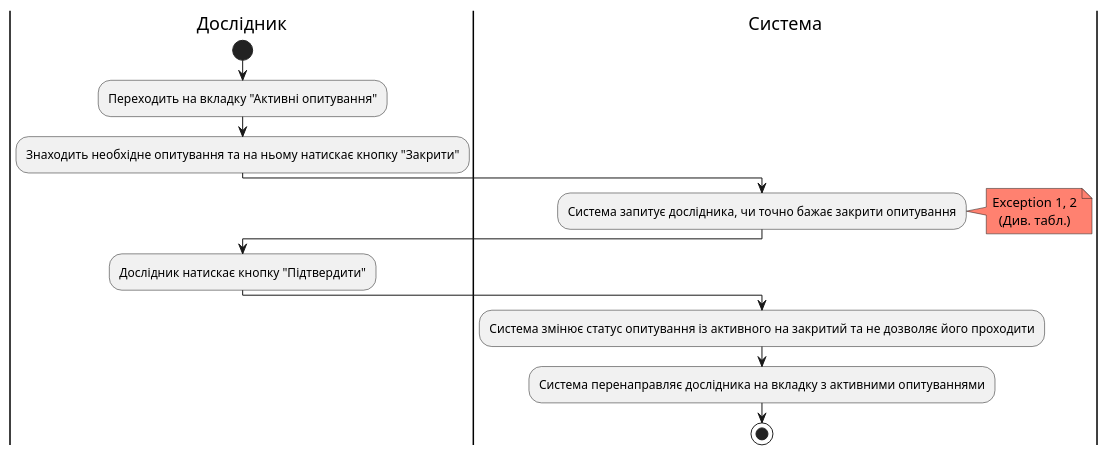
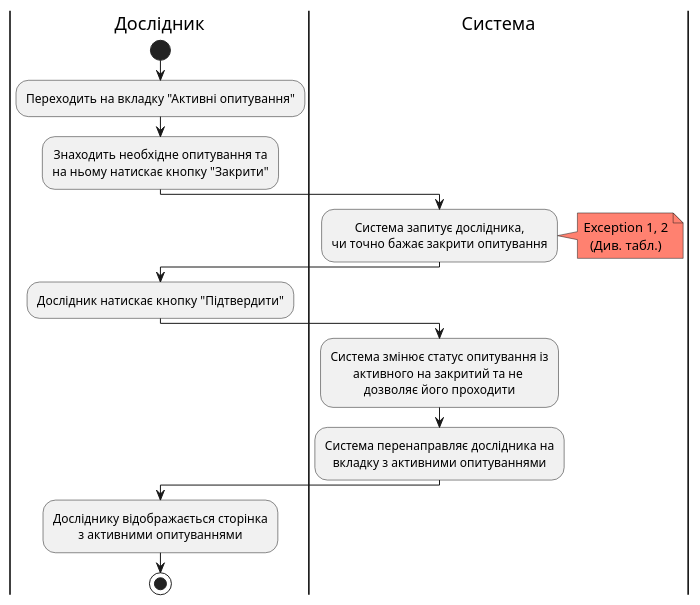
Before and after one commit to generalmaks/db_labs: the third of 4 diagrams in docs/use_cases.md, drawn with PlantUML. The commit also changed other lines of this file, not shown here.

Commit message:
Added RemoveSurvey diagram

````diff
--- a/docs/use_cases.md
+++ b/docs/use_cases.md
@@ -195,21 +201,29 @@
 ```plantuml
 @startuml
 |Дослідник|
 start
 skinparam defaultTextAlignment center
 :Переходить на вкладку "Активні опитування";
-:Знаходить необхідне опитування та на ньому натискає кнопку "Закрити";
+:Знаходить необхідне опитування та 
+на ньому натискає кнопку "Закрити";
 |Система|
-:Система запитує дослідника, чи точно бажає закрити опитування;
+:Система запитує дослідника, 
+чи точно бажає закрити опитування;
 note right #ff8170
 Exception 1, 2
 (Див. табл.)
 end note
 |Дослідник|
 :Дослідник натискає кнопку "Підтвердити";
 |Система|
-:Система змінює статус опитування із активного на закритий та не дозволяє його проходити;
-:Система перенаправляє дослідника на вкладку з активними опитуваннями;
+:Система змінює статус опитування із 
+активного на закритий та не 
+дозволяє його проходити;
+:Система перенаправляє дослідника на 
+вкладку з активними опитуваннями;
+|Дослідник|
+:Досліднику відображається сторінка
+з активними опитуваннями;
 stop
 @enduml
 ```
````
